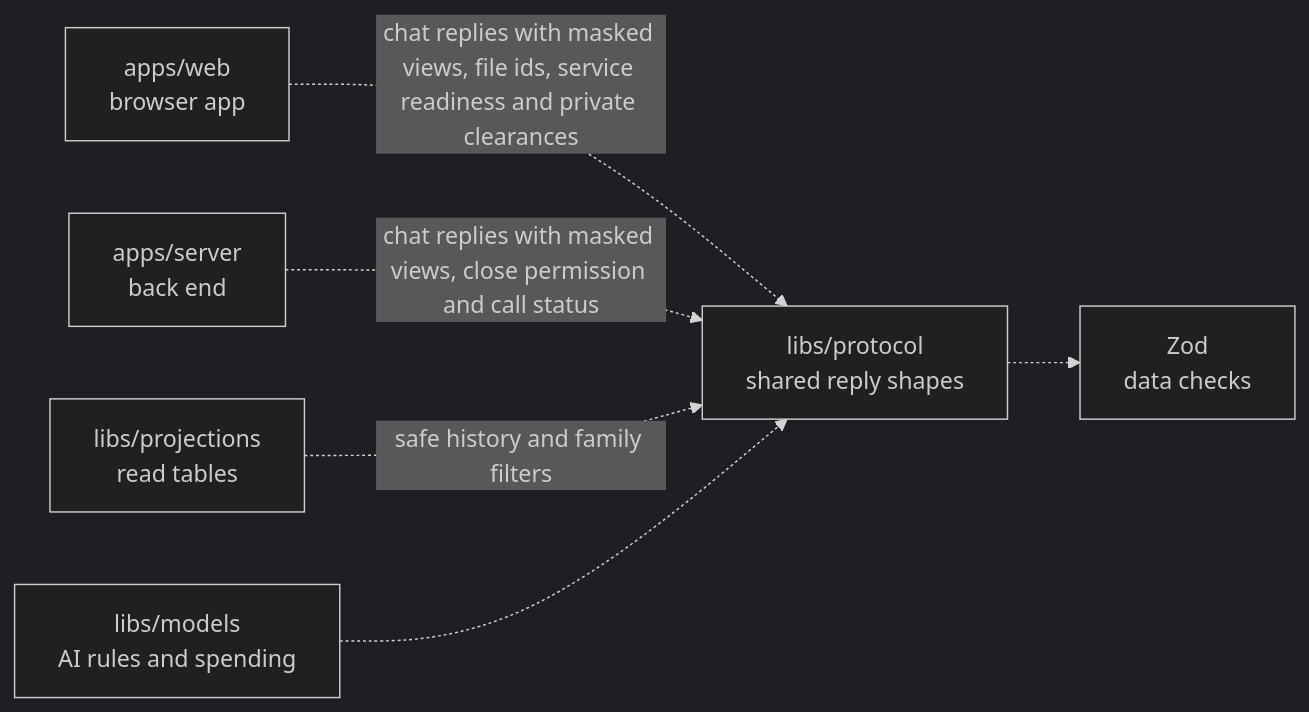
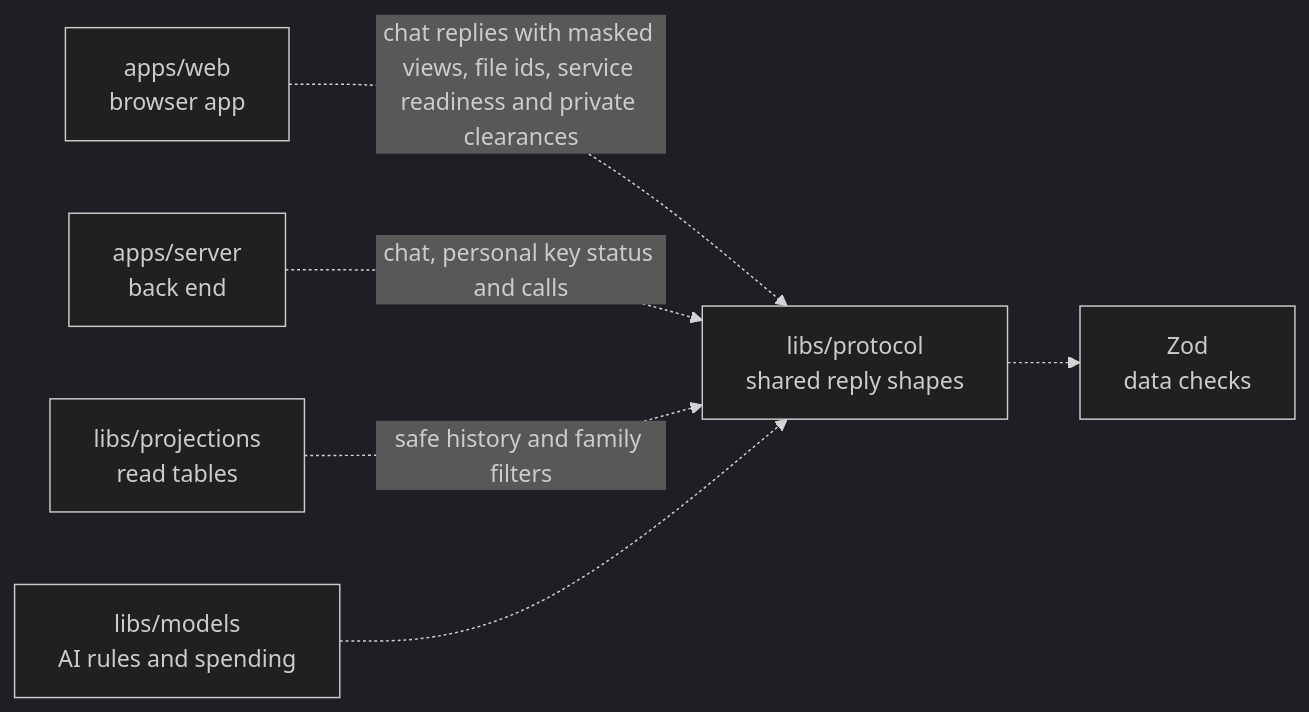
One commit to elewa-git/opencrane-new changed the diagram in libs/protocol/README.md. Above: the diagram before and after it, drawn with Mermaid (dark theme). The commit also changed other lines of this file and 157 other files, not shown here.

````diff
--- a/libs/protocol/README.md
+++ b/libs/protocol/README.md
@@ -51,8 +53,8 @@
 ```mermaid
 flowchart LR
   web["apps/web<br/>browser app"] -.->|chat replies with masked views, file ids, service readiness and private clearances| protocol["libs/protocol<br/>shared reply shapes"]
-  server["apps/server<br/>back end"] -.->|chat replies with masked views, close permission and call status| protocol
+  server["apps/server<br/>back end"] -.->|chat, personal key status and calls| protocol
   projections["libs/projections<br/>read tables"] -.->|safe history and family filters| protocol
   models["libs/models<br/>AI rules and spending"] -.-> protocol
   protocol -.-> zod["Zod<br/>data checks"]
 ```
````
